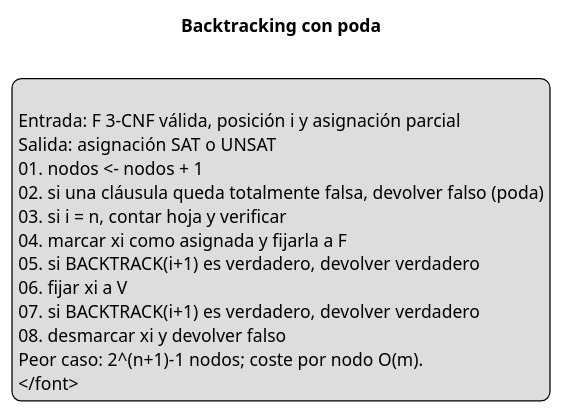
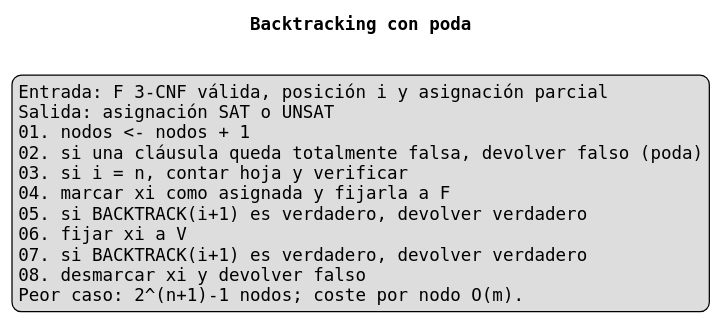
The diagram in diagramas/pseudocodigo/pseudo_backtracking.puml (Rick1751/3_SAT_configurador-de-opciones-compatibles), drawn with PlantUML before and after one commit. The commit also changed 40 other files, not shown here.

```diff
--- a/diagramas/pseudocodigo/pseudo_backtracking.puml
+++ b/diagramas/pseudocodigo/pseudo_backtracking.puml
@@ -1,18 +1,17 @@
 @startuml
+skinparam defaultFontName Monospaced
 title Backtracking con poda
 legend
-<font:monospaced>
 Entrada: F 3-CNF válida, posición i y asignación parcial
 Salida: asignación SAT o UNSAT
 01. nodos <- nodos + 1
 02. si una cláusula queda totalmente falsa, devolver falso (poda)
 03. si i = n, contar hoja y verificar
 04. marcar xi como asignada y fijarla a F
 05. si BACKTRACK(i+1) es verdadero, devolver verdadero
 06. fijar xi a V
 07. si BACKTRACK(i+1) es verdadero, devolver verdadero
 08. desmarcar xi y devolver falso
 Peor caso: 2^(n+1)-1 nodos; coste por nodo O(m).
-</font>
 endlegend
 @enduml
```
